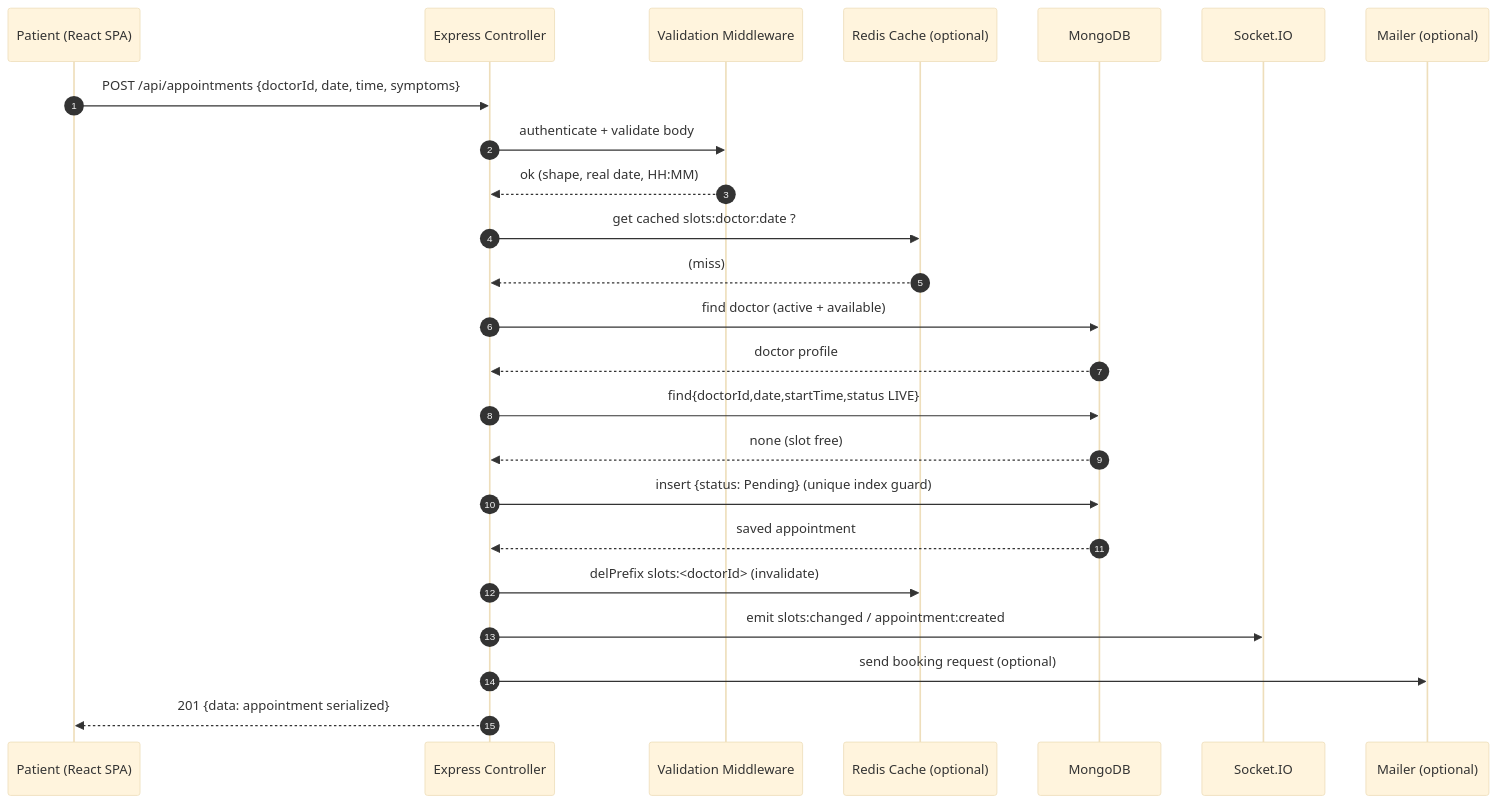
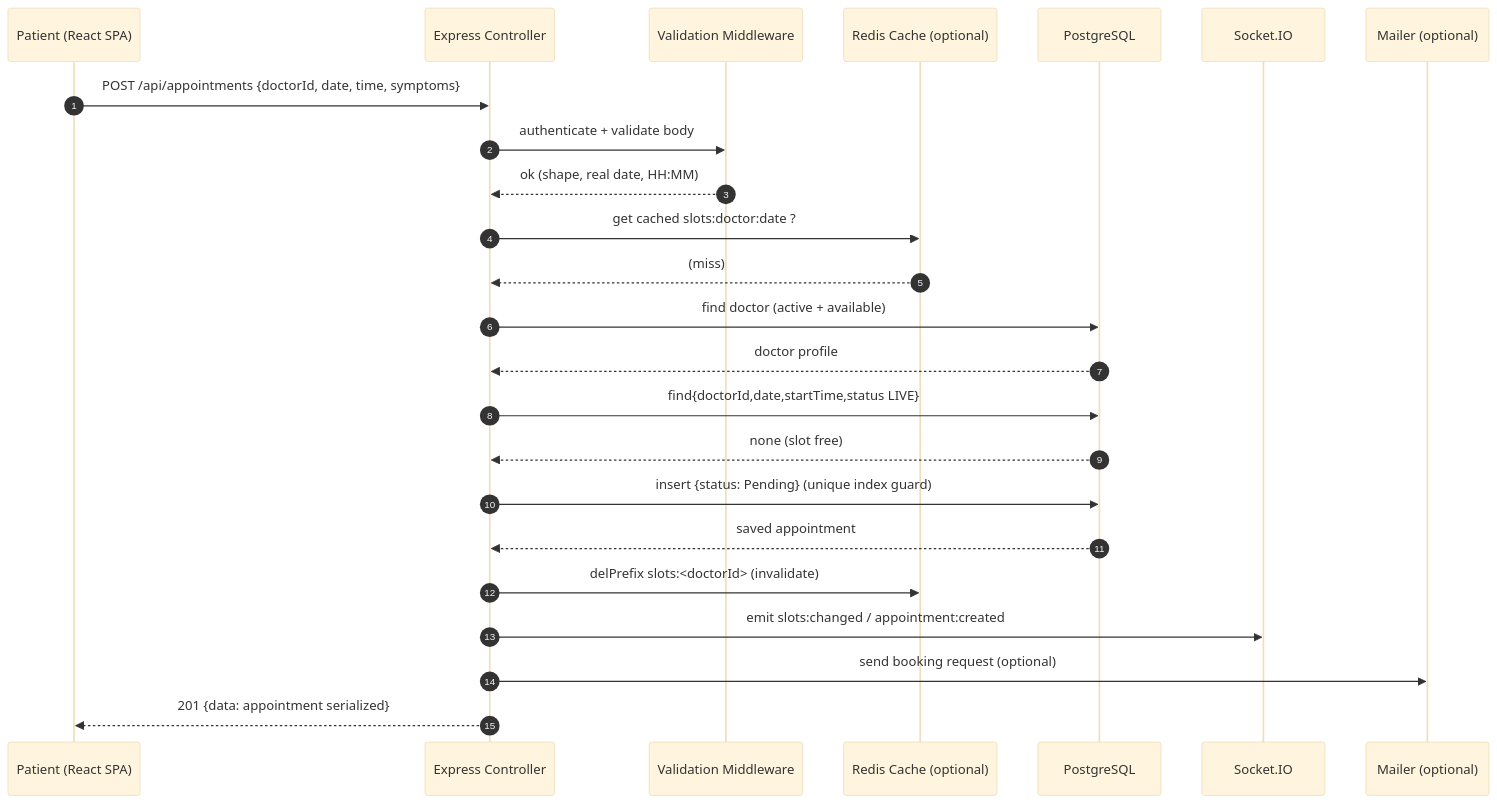
One commit to Mugetsu-1/Hospital-Booking-System changed the first of 4 diagrams in docs/sequence-diagrams.md. Above: the diagram before and after it, drawn with Mermaid (base theme). The commit also changed other lines of this file and 28 other files, not shown here.

First line of the commit message:
docs: add ACHS lab report, class diagram and UI screenshots

````diff
--- a/docs/sequence-diagrams.md
+++ b/docs/sequence-diagrams.md
@@ -5,27 +5,27 @@
 ```mermaid
 sequenceDiagram
   autonumber
   participant P as Patient (React SPA)
   participant C as Express Controller
   participant V as Validation Middleware
   participant R as Redis Cache (optional)
-  participant D as MongoDB
+  participant D as PostgreSQL
   participant S as Socket.IO
   participant M as Mailer (optional)
 
   P->>C: POST /api/appointments {doctorId, date, time, symptoms}
   C->>V: authenticate + validate body
   V-->>C: ok (shape, real date, HH:MM)
   C->>R: get cached slots:doctor:date ?
   R-->>C: (miss)
   C->>D: find doctor (active + available)
   D-->>C: doctor profile
   C->>D: find{doctorId,date,startTime,status LIVE}
   D-->>C: none (slot free)
   C->>D: insert {status: Pending} (unique index guard)
   D-->>C: saved appointment
   C->>R: delPrefix slots:<doctorId>  (invalidate)
   C->>S: emit slots:changed / appointment:created
   C->>M: send booking request (optional)
   C-->>P: 201 {data: appointment serialized}
 ```
````
